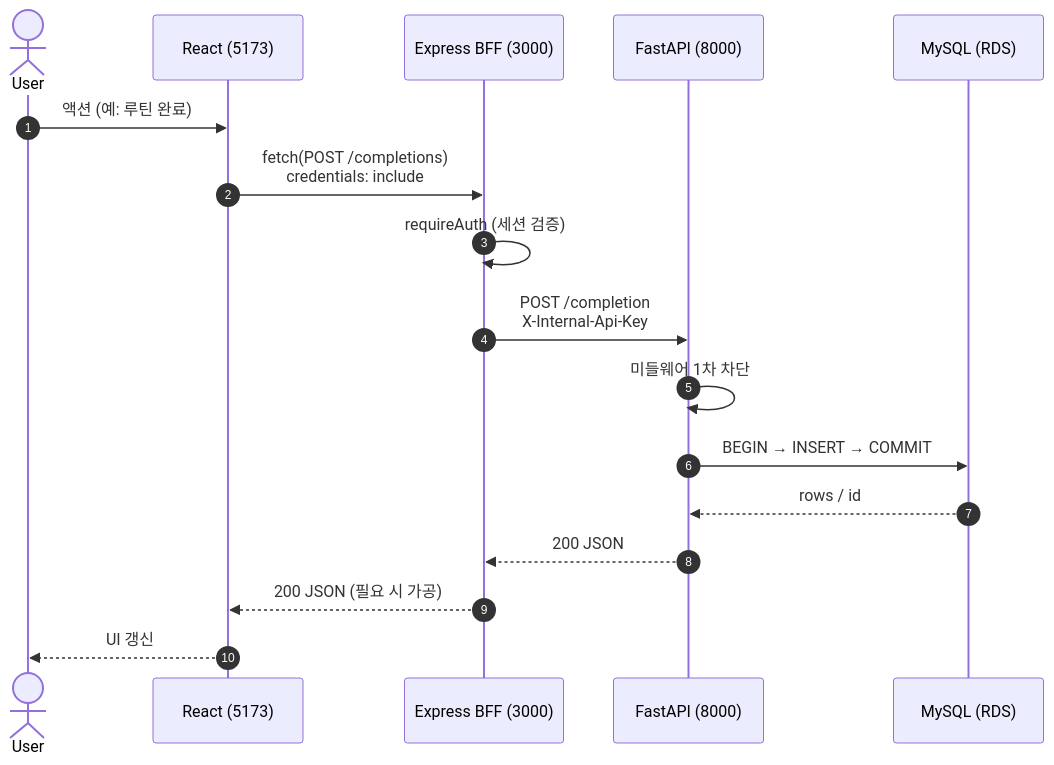
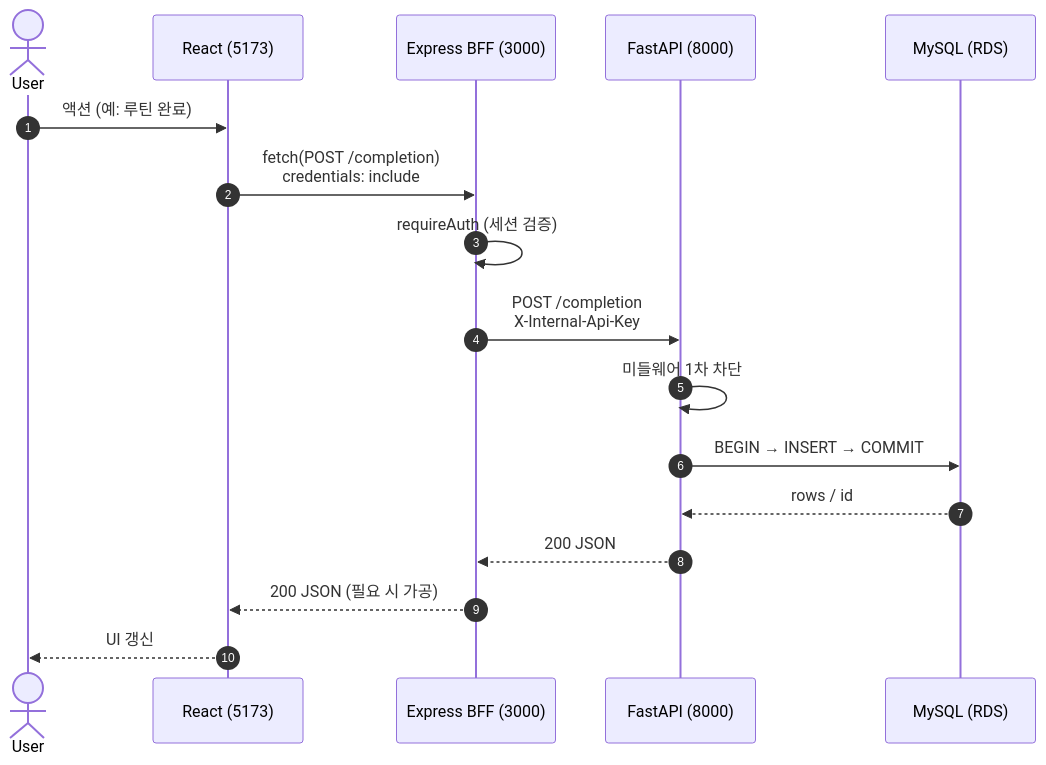
The second of 2 diagrams in docs/report/02-architecture.md (junseoja/capston), drawn with Mermaid before and after one commit. The commit also changed other lines of this file and 9 other files, not shown here.

````diff
--- a/docs/report/02-architecture.md
+++ b/docs/report/02-architecture.md
@@ -117,20 +117,20 @@
 ```mermaid
 sequenceDiagram
     autonumber
     actor U as User
     participant FE as React (5173)
     participant BE as Express BFF (3000)
     participant API as FastAPI (8000)
     participant DB as MySQL (RDS)
 
     U->>FE: 액션 (예: 루틴 완료)
-    FE->>BE: fetch(POST /completions)<br/>credentials: include
+    FE->>BE: fetch(POST /completion)<br/>credentials: include
     BE->>BE: requireAuth (세션 검증)
     BE->>API: POST /completion<br/>X-Internal-Api-Key
     API->>API: 미들웨어 1차 차단
     API->>DB: BEGIN → INSERT → COMMIT
     DB-->>API: rows / id
     API-->>BE: 200 JSON
     BE-->>FE: 200 JSON (필요 시 가공)
     FE-->>U: UI 갱신
 ```
````
